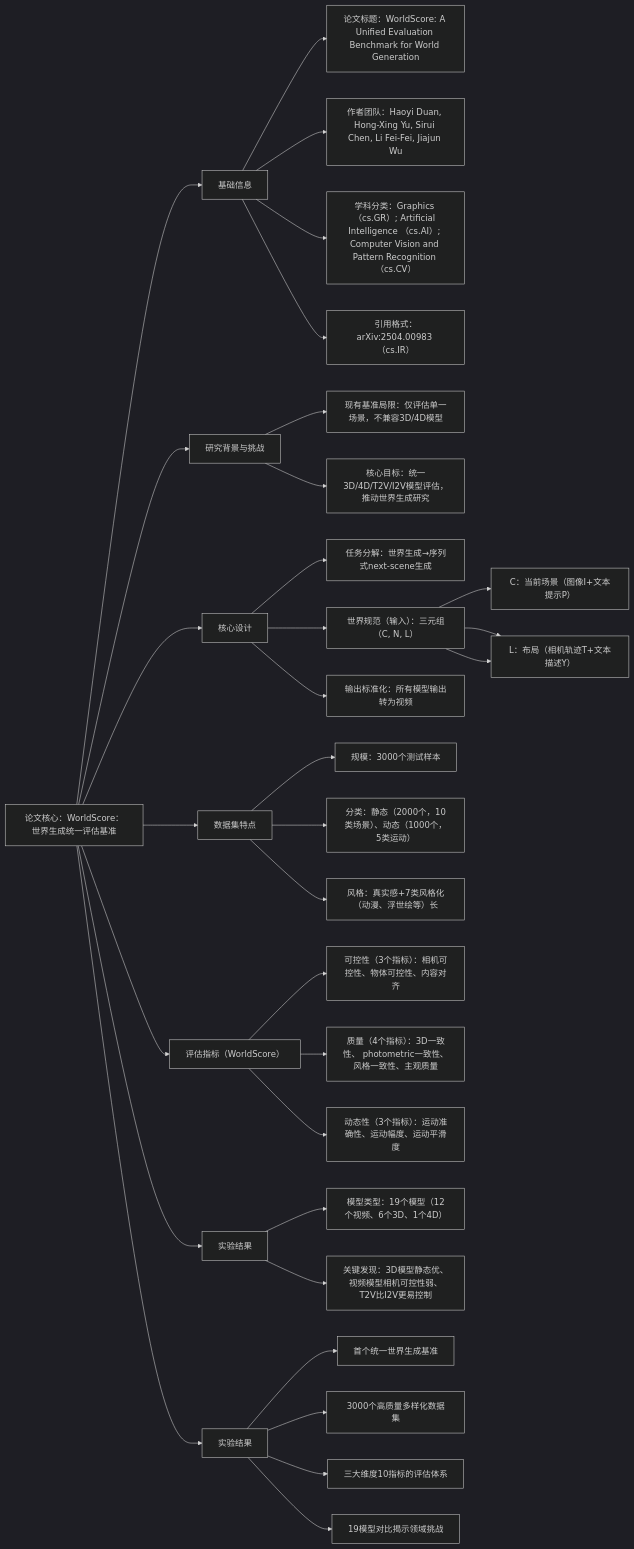
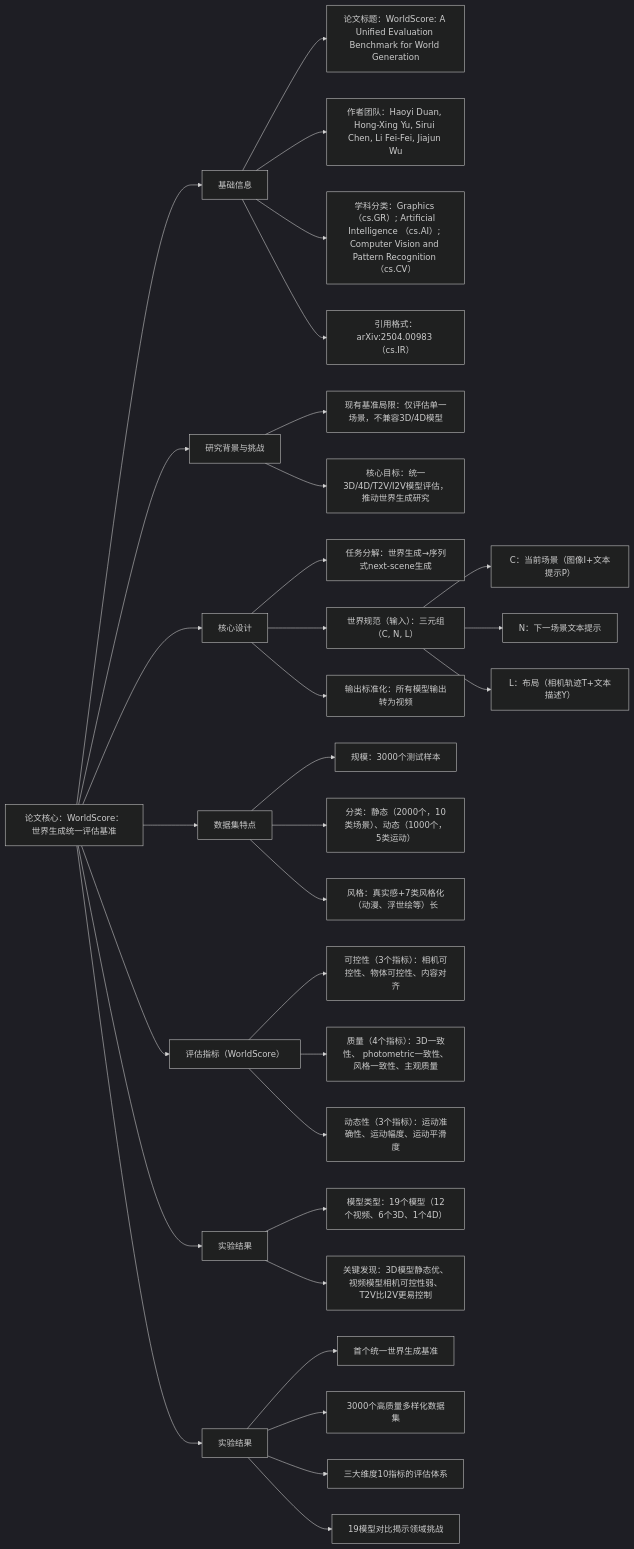
One commit to stephenZkang/llm-paper-reading-notes changed the diagram in notes/lifeifei/001-world-score.md. Above: the diagram before and after it, drawn with Mermaid (dark theme).

Commit message:
feat(世界模型(李飞飞)): worldscore

````diff
--- a/notes/lifeifei/001-world-score.md
+++ b/notes/lifeifei/001-world-score.md
@@ -9,47 +9,47 @@
 ```mermaid
 graph LR
 A[论文核心：WorldScore：世界生成统一评估基准] --> B[基础信息]
 
 B --> B1[论文标题：WorldScore: A Unified Evaluation Benchmark for World Generation]
 B --> B2[作者团队：Haoyi Duan, Hong-Xing Yu, Sirui Chen, Li Fei-Fei, Jiajun Wu]
 B --> B3[学科分类：Graphics （cs.GR）; Artificial Intelligence （cs.AI）; Computer Vision and Pattern Recognition （cs.CV）]
 B --> B4[引用格式：arXiv:2504.00983 （cs.IR）]
 
 A --> C[研究背景与挑战]
 
 C --> C1[现有基准局限：仅评估单一场景，不兼容3D/4D模型]
 C --> C2[核心目标：统一3D/4D/T2V/I2V模型评估，推动世界生成研究]
 
 A --> D[核心设计]
 
 D --> D1[任务分解：世界生成→序列式next-scene生成]
 D --> D2[世界规范（输入）：三元组（C, N, L）]
 D2 --> D21[C：当前场景（图像I+文本提示P）]
 D2 --> D22[N：下一场景文本提示]
-D2 --> D22[L：布局（相机轨迹T+文本描述Y）]
+D2 --> D23[L：布局（相机轨迹T+文本描述Y）]
 D --> D3[输出标准化：所有模型输出转为视频]
 
 A --> E[数据集特点]
 
 E --> E1[规模：3000个测试样本]
 E --> E2[分类：静态（2000个，10类场景）、动态（1000个，5类运动）]
 E --> E3[风格：真实感+7类风格化（动漫、浮世绘等）长]
 
 A --> F[评估指标（WorldScore）]
 
 F --> F1[可控性（3个指标）：相机可控性、物体可控性、内容对齐]
 F --> F2[质量（4个指标）：3D一致性、 photometric一致性、风格一致性、主观质量]
 F --> F3[动态性（3个指标）：运动准确性、运动幅度、运动平滑度]
 
 A --> G[实验结果]
 
 G --> G1[模型类型：19个模型（12个视频、6个3D、1个4D）]
 G --> G2[关键发现：3D模型静态优、视频模型相机可控性弱、T2V比I2V更易控制]
 
 A --> H[实验结果]
 
 H --> H1[首个统一世界生成基准]
 H --> H2[3000个高质量多样化数据集]
 H --> H3[三大维度10指标的评估体系]
 H --> H4[19模型对比揭示领域挑战]
 ```
````
